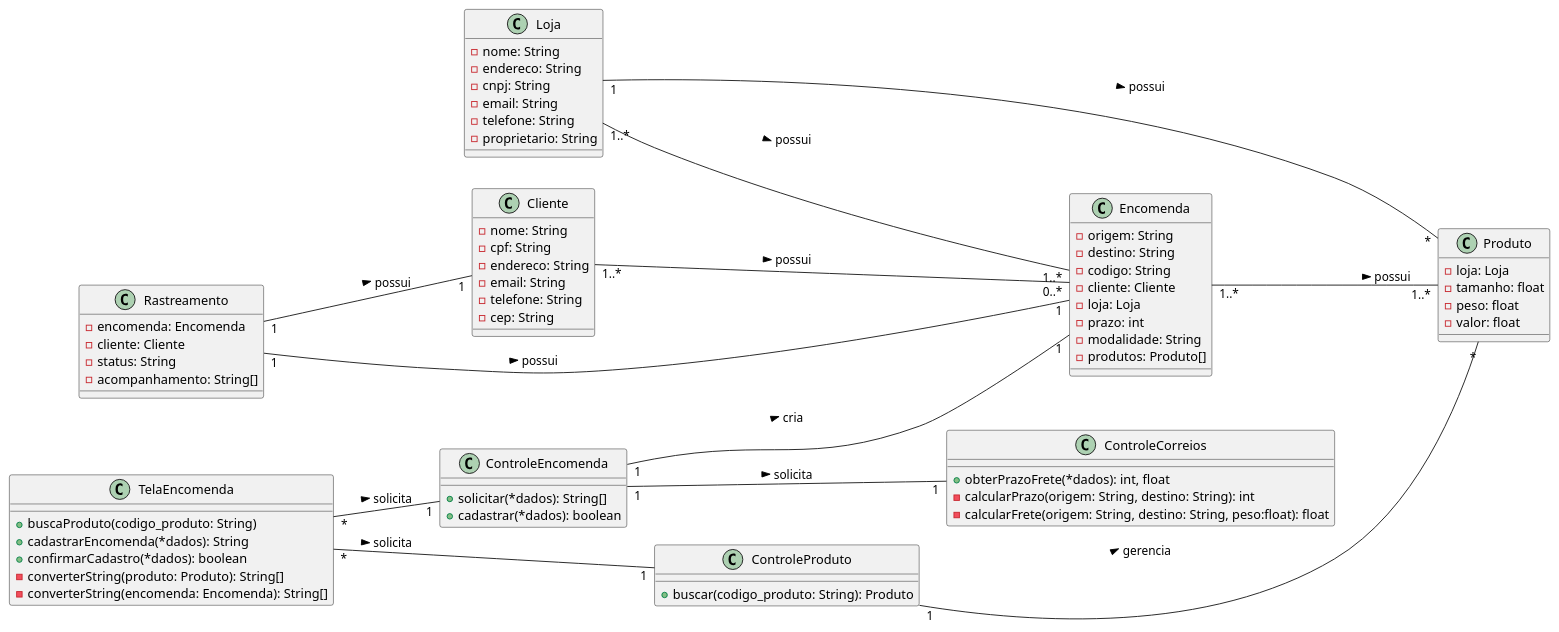
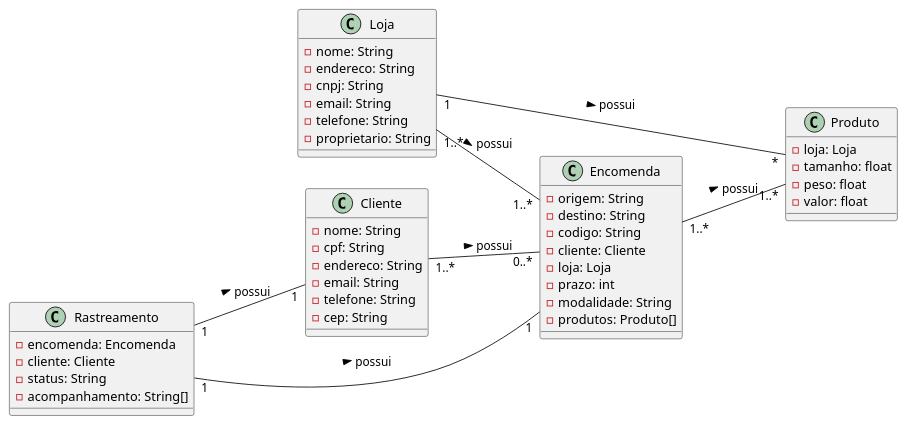
Before and after one commit to FerdinandChagas/uml_examples: the diagram in correios/classes.iuml, drawn with PlantUML. The commit also changed 27 other files, not shown here.

```diff
--- a/correios/classes.iuml
+++ b/correios/classes.iuml
@@ -1,83 +1,57 @@
 @startuml "Diagrama de Classes"
 left to right direction
 
 class Loja{
     -nome: String
     -endereco: String
     -cnpj: String
     -email: String
     -telefone: String
     -proprietario: String
 }
 
 class Cliente{
     -nome: String
     -cpf: String
     -endereco: String
     -email: String
     -telefone: String
     -cep: String
 }
 
 class Produto{
     -loja: Loja
     -tamanho: float
     -peso: float
     -valor: float
 }
 
 class Encomenda{
     -origem: String
     -destino: String
     -codigo: String
     -cliente: Cliente
     -loja: Loja
     -prazo: int
     -modalidade: String
     -produtos: Produto[]
 }
 
-class TelaEncomenda{
-    +buscaProduto(codigo_produto: String)
-    +cadastrarEncomenda(*dados): String
-    +confirmarCadastro(*dados): boolean
-    -converterString(produto: Produto): String[]
-    -converterString(encomenda: Encomenda): String[]
-}
 
-class ControleProduto{
-    +buscar(codigo_produto: String): Produto
-}
-
-class ControleEncomenda{
-    +solicitar(*dados): String[]
-    +cadastrar(*dados): boolean
-}
-
-class ControleCorreios{
-    +obterPrazoFrete(*dados): int, float
-    -calcularPrazo(origem: String, destino: String): int
-    -calcularFrete(origem: String, destino: String, peso:float): float
-}
 
 class Rastreamento{
     -encomenda: Encomenda
     -cliente: Cliente
     -status: String
     -acompanhamento: String[]
 }
 
 Rastreamento "1"--"1" Encomenda: possui >
 Rastreamento "1"--"1" Cliente: possui > 
 Encomenda "1..*"--"1..*" Produto: possui >
 Cliente "1..*"--"0..*" Encomenda: possui >
 Loja "1..*"--"1..*" Encomenda: possui >
 Loja "1"--"*" Produto: possui >
 
-TelaEncomenda "*"--"1" ControleEncomenda: solicita >
-TelaEncomenda "*"--"1" ControleProduto: solicita >
-ControleEncomenda "1"--"1" ControleCorreios: solicita >
-ControleEncomenda "1"--"1" Encomenda: cria >
-ControleProduto "1"--"*" Produto: gerencia >
 
 @enduml
```
